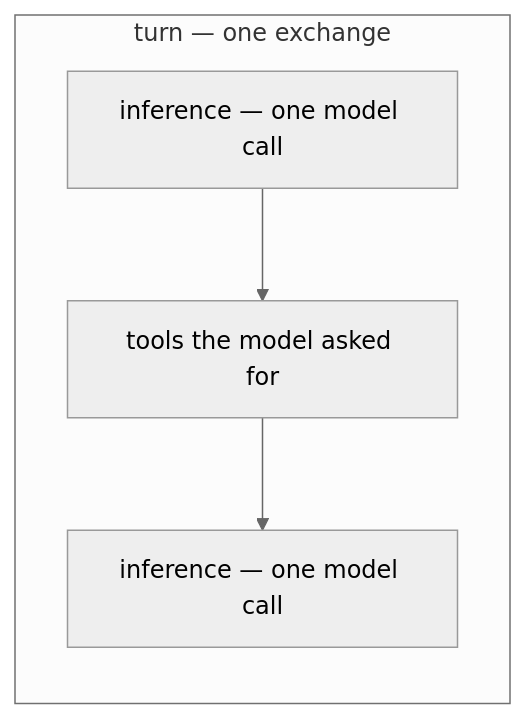
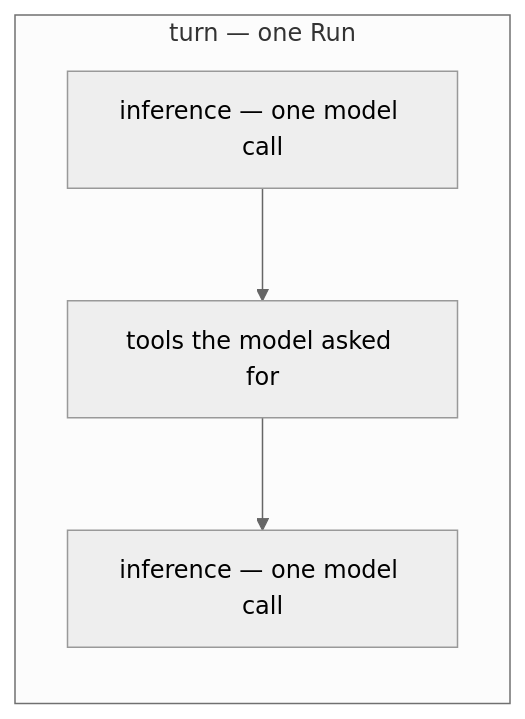
Before and after one commit to genai-io/sdk-go: the first of 4 diagrams in docs/agent.md, drawn with Mermaid (neutral theme). The commit also changed other lines of this file and 121 other files, not shown here.

````diff
--- a/docs/agent.md
+++ b/docs/agent.md
@@ -48,10 +48,10 @@
 ```mermaid
 flowchart TB
-    subgraph turn["turn — one exchange"]
+    subgraph turn["turn — one Run"]
         direction TB
         inf1["inference — one model call"]
         tools["tools the model asked for"]
         inf2["inference — one model call"]
         inf1 --> tools --> inf2
     end
 ```
````
